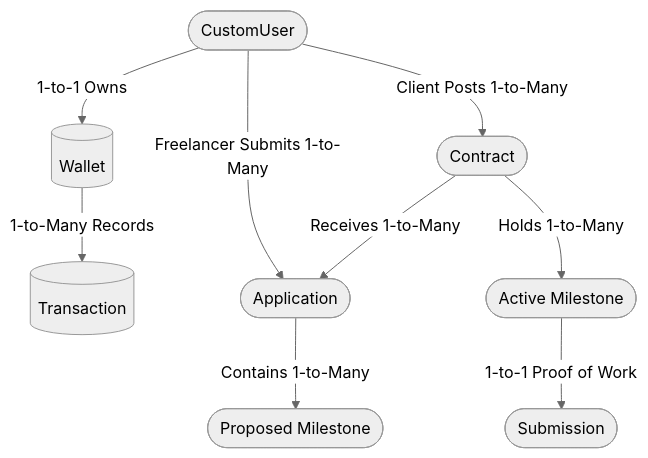
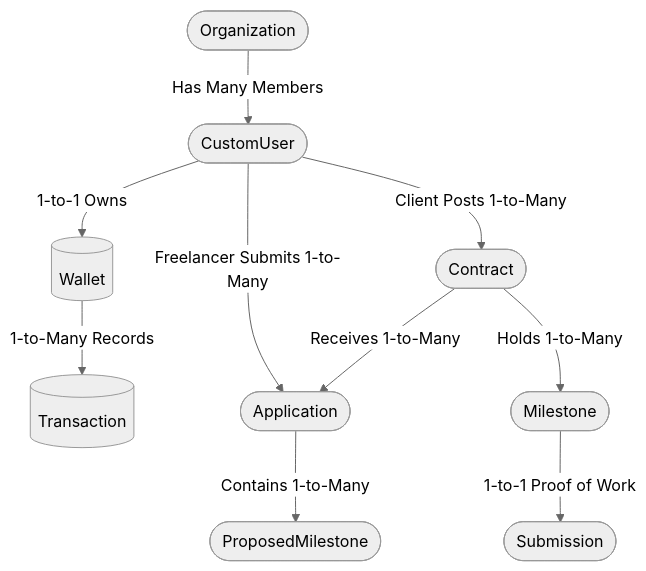
The third of 3 diagrams in README.md (Savant261/SecureWork), drawn with Mermaid (neutral theme) before and after one commit. The commit also changed other lines of this file, not shown here.

````diff
--- a/README.md
+++ b/README.md
@@ -115,26 +125,27 @@
 ```mermaid
 flowchart TD
     %% Define the Database Tables (Nodes)
+    Org([Organization])
     User([CustomUser])
     Wallet[(Wallet)]
     Tx[(Transaction)]
     Contract([Contract])
     App([Application])
-    PMilestone([Proposed Milestone])
-    Milestone([Active Milestone])
+    PMilestone([ProposedMilestone])
+    Milestone([Milestone])
     Submission([Submission])
 
     %% Map the Relationships (Arrows)
+    Org -->|Has Many Members| User
     User -->|1-to-1 Owns| Wallet
     Wallet -->|1-to-Many Records| Tx
     
     User -->|Client Posts 1-to-Many| Contract
     User -->|Freelancer Submits 1-to-Many| App
     
     Contract -->|Receives 1-to-Many| App
     App -->|Contains 1-to-Many| PMilestone
     
     Contract -->|Holds 1-to-Many| Milestone
     Milestone -->|1-to-1 Proof of Work| Submission
-
 ```
````
